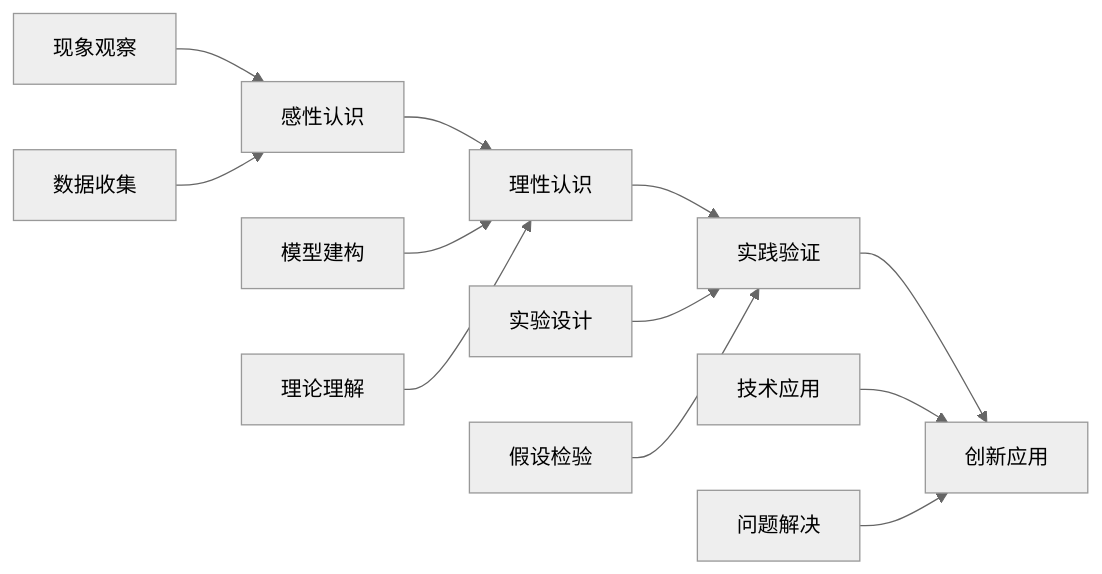
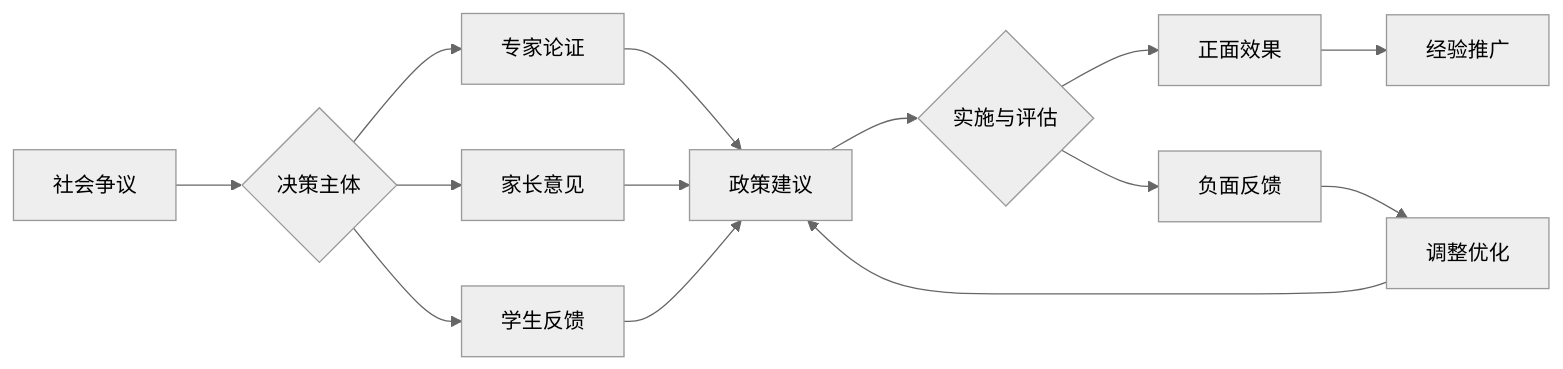
Before and after one commit to AdaMartin18010/SeniorEnducation: the sixth of 7 diagrams in 02-核心学科理论/02-科学教育方法论.md, drawn with Mermaid (neutral theme). The commit also changed other lines of this file and 6 other files, not shown here.

````diff
--- a/02-核心学科理论/02-科学教育方法论.md
+++ b/02-核心学科理论/02-科学教育方法论.md
@@ -370,18 +404,16 @@
 ```mermaid
 graph LR
-    A[感性认识] --> B[理性认识]
-    B --> C[实践验证]
-    C --> D[创新应用]
-    
-    A1[现象观察] --> A
-    A2[数据收集] --> A
-    
-    B1[模型建构] --> B
-    B2[理论理解] --> B
-    
-    C1[实验设计] --> C
-    C2[假设检验] --> C
-    
-    D1[技术应用] --> D
-    D2[问题解决] --> D
+    A[社会争议] --> B{决策主体}
+    B --> C[专家论证]
+    B --> D[家长意见]
+    B --> E[学生反馈]
+    C --> F[政策建议]
+    D --> F
+    E --> F
+    F --> G{实施与评估}
+    G --> H[正面效果]
+    G --> I[负面反馈]
+    I --> J[调整优化]
+    H --> K[经验推广]
+    J --> F
 ```
````
